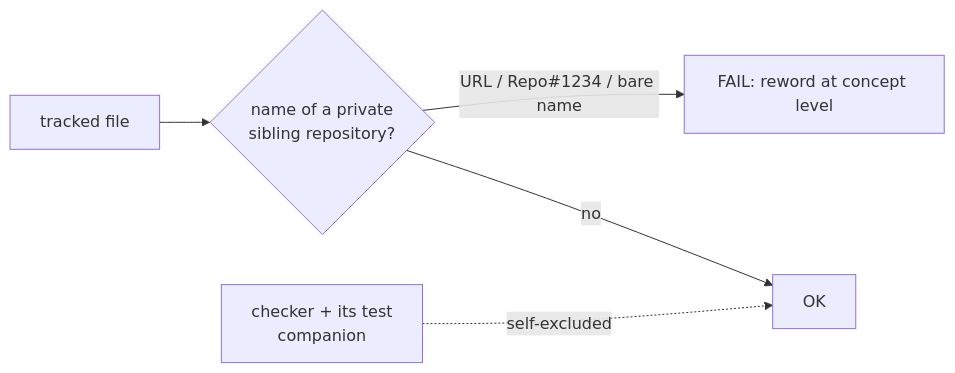
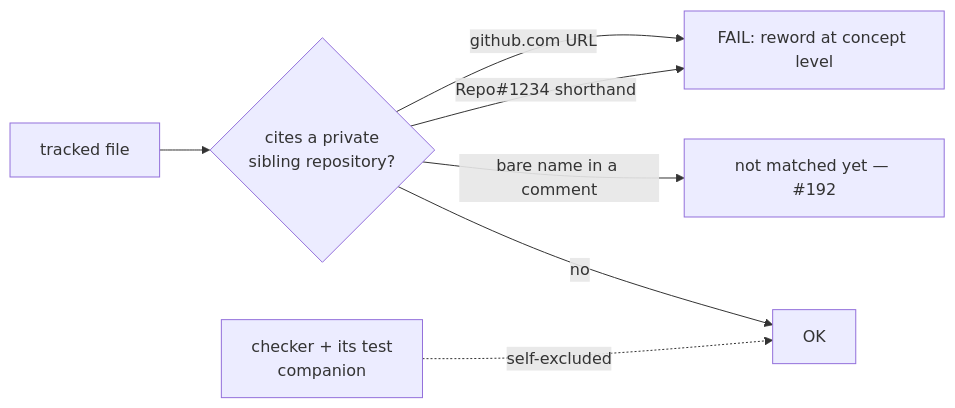
Before and after one commit to stSoftwareAU/NEAT-AI-Backpropagation: the diagram in docs/archive/pr-summaries/pr-summary-191.md, drawn with Mermaid. The commit also changed other lines of this file and 3 other files, not shown here.

First line of the commit message:
guard: cover the second private sibling repo's citation forms (issue #191)

````diff
--- a/docs/archive/pr-summaries/pr-summary-191.md
+++ b/docs/archive/pr-summaries/pr-summary-191.md
@@ -81,7 +99,9 @@
 ```mermaid
 flowchart LR
-    A[tracked file] --> B{name of a private<br/>sibling repository?}
-    B -- "URL / Repo#1234 / bare name" --> C[FAIL: reword at concept level]
-    B -- no --> D[OK]
-    E[checker + its test<br/>companion] -. self-excluded .-> D
+    A[tracked file] --> B{cites a private<br/>sibling repository?}
+    B -- "github.com URL" --> C[FAIL: reword at concept level]
+    B -- "Repo#1234 shorthand" --> C
+    B -- "bare name in a comment" --> D[not matched yet — #192]
+    B -- no --> E[OK]
+    F[checker + its test<br/>companion] -. self-excluded .-> E
 ```
````
